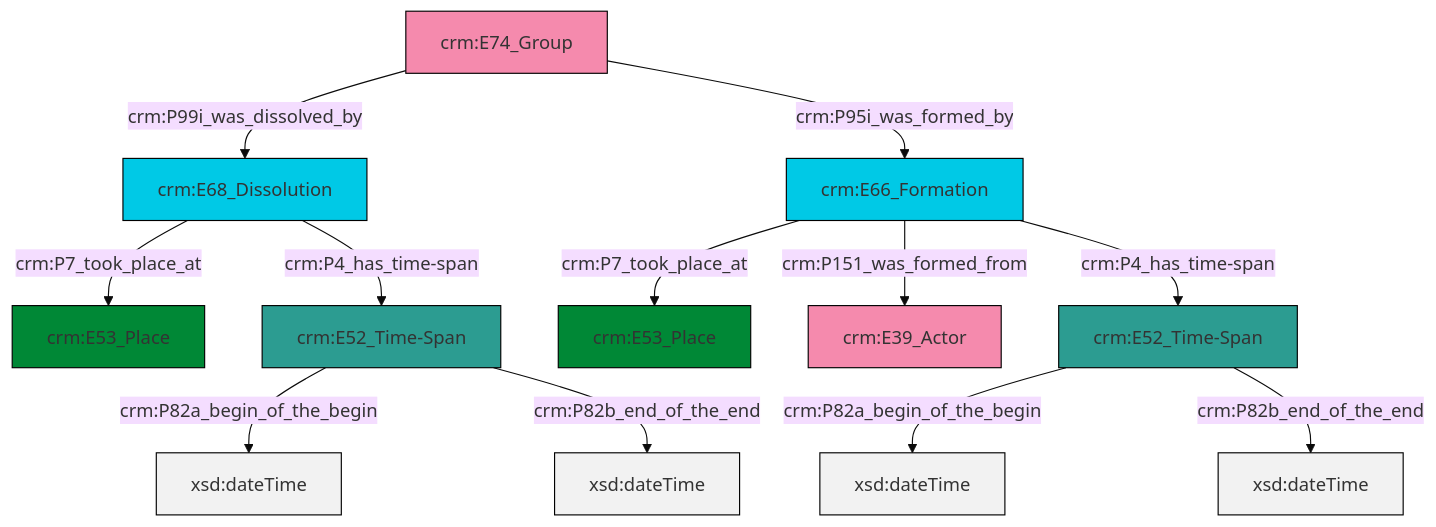
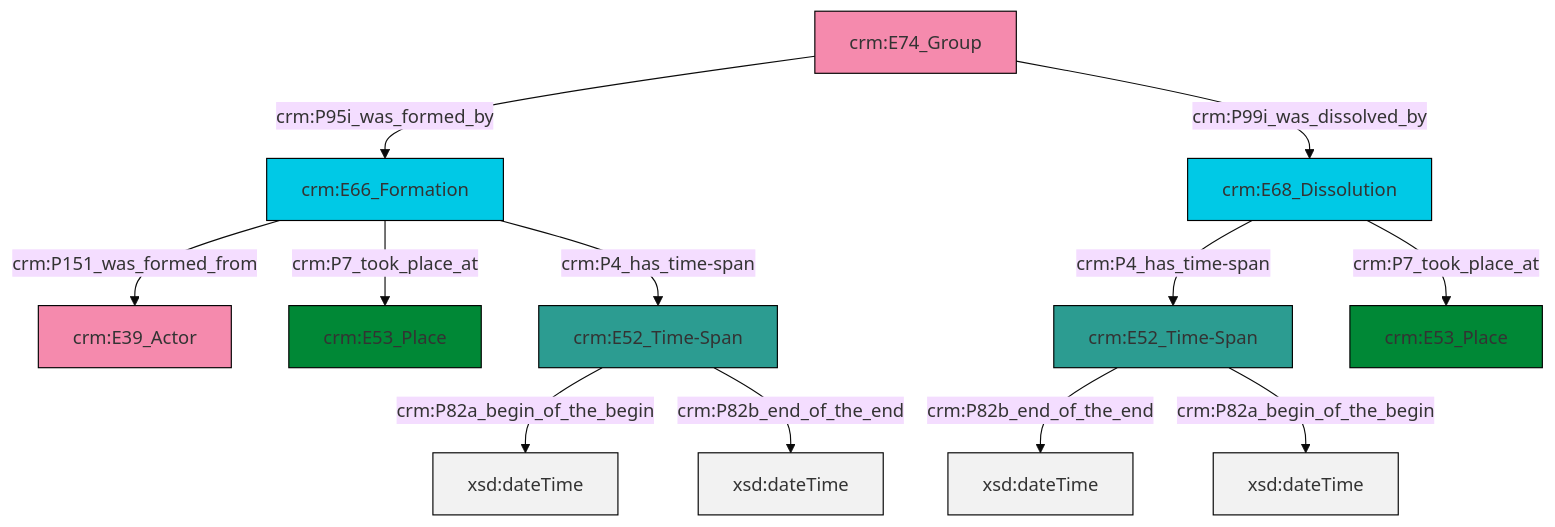
The diagram in et/groupCSV/ttl/mmd/group_existence.ttl.mmd (swiss-art-research-net/reference-data-models), drawn with Mermaid (base theme) before and after one commit. The commit also changed 129 other files, not shown here.

```diff
--- a/et/groupCSV/ttl/mmd/group_existence.ttl.mmd
+++ b/et/groupCSV/ttl/mmd/group_existence.ttl.mmd
@@ -1,26 +1,26 @@
 graph TD
 classDef Literal fill:#f2f2f2,stroke:#000000;
 classDef CRM_Entity fill:#FFFFFF,stroke:#000000;
 classDef Temporal_Entity fill:#00C9E6, stroke:#000000;
 classDef Type fill:#E18312, stroke:#000000;
 classDef Time-Span fill:#2C9C91, stroke:#000000;
 classDef Appellation fill:#FFEB7F, stroke:#000000;
 classDef Place fill:#008836, stroke:#000000;
 classDef Persistent_Item fill:#B266B2, stroke:#000000;
 classDef Conceptual_Object fill:#FFD700, stroke:#000000;
 classDef Physical_Thing fill:#D2B48C, stroke:#000000;
 classDef Actor fill:#f58aad, stroke:#000000;
 classDef PC_Classes fill:#4ce600, stroke:#000000;
 classDef Multi fill:#cccccc,stroke:#000000;
 
-2["crm:E66_Formation"]:::Temporal_Entity -->|crm:P7_took_place_at| 3["crm:E53_Place"]:::Place
-2["crm:E66_Formation"]:::Temporal_Entity -->|crm:P151_was_formed_from| 4["crm:E39_Actor"]:::Actor
-6["crm:E52_Time-Span"]:::Time-Span -->|crm:P82a_begin_of_the_begin| 7[xsd:dateTime]:::Literal
-6["crm:E52_Time-Span"]:::Time-Span -->|crm:P82b_end_of_the_end| 8[xsd:dateTime]:::Literal
-9["crm:E74_Group"]:::Actor -->|crm:P99i_was_dissolved_by| 0["crm:E68_Dissolution"]:::Temporal_Entity
-10["crm:E52_Time-Span"]:::Time-Span -->|crm:P82a_begin_of_the_begin| 11[xsd:dateTime]:::Literal
-9["crm:E74_Group"]:::Actor -->|crm:P95i_was_formed_by| 2["crm:E66_Formation"]:::Temporal_Entity
-0["crm:E68_Dissolution"]:::Temporal_Entity -->|crm:P7_took_place_at| 14["crm:E53_Place"]:::Place
-10["crm:E52_Time-Span"]:::Time-Span -->|crm:P82b_end_of_the_end| 15[xsd:dateTime]:::Literal
-2["crm:E66_Formation"]:::Temporal_Entity -->|crm:P4_has_time-span| 10["crm:E52_Time-Span"]:::Time-Span
-0["crm:E68_Dissolution"]:::Temporal_Entity -->|crm:P4_has_time-span| 6["crm:E52_Time-Span"]:::Time-Span
+0["crm:E66_Formation"]:::Temporal_Entity -->|crm:P151_was_formed_from| 1["crm:E39_Actor"]:::Actor
+2["crm:E52_Time-Span"]:::Time-Span -->|crm:P82a_begin_of_the_begin| 6[xsd:dateTime]:::Literal
+8["crm:E68_Dissolution"]:::Temporal_Entity -->|crm:P4_has_time-span| 4["crm:E52_Time-Span"]:::Time-Span
+9["crm:E74_Group"]:::Actor -->|crm:P95i_was_formed_by| 0["crm:E66_Formation"]:::Temporal_Entity
+9["crm:E74_Group"]:::Actor -->|crm:P99i_was_dissolved_by| 8["crm:E68_Dissolution"]:::Temporal_Entity
+8["crm:E68_Dissolution"]:::Temporal_Entity -->|crm:P7_took_place_at| 12["crm:E53_Place"]:::Place
+4["crm:E52_Time-Span"]:::Time-Span -->|crm:P82b_end_of_the_end| 13[xsd:dateTime]:::Literal
+0["crm:E66_Formation"]:::Temporal_Entity -->|crm:P7_took_place_at| 10["crm:E53_Place"]:::Place
+2["crm:E52_Time-Span"]:::Time-Span -->|crm:P82b_end_of_the_end| 14[xsd:dateTime]:::Literal
+0["crm:E66_Formation"]:::Temporal_Entity -->|crm:P4_has_time-span| 2["crm:E52_Time-Span"]:::Time-Span
+4["crm:E52_Time-Span"]:::Time-Span -->|crm:P82a_begin_of_the_begin| 19[xsd:dateTime]:::Literal
```
